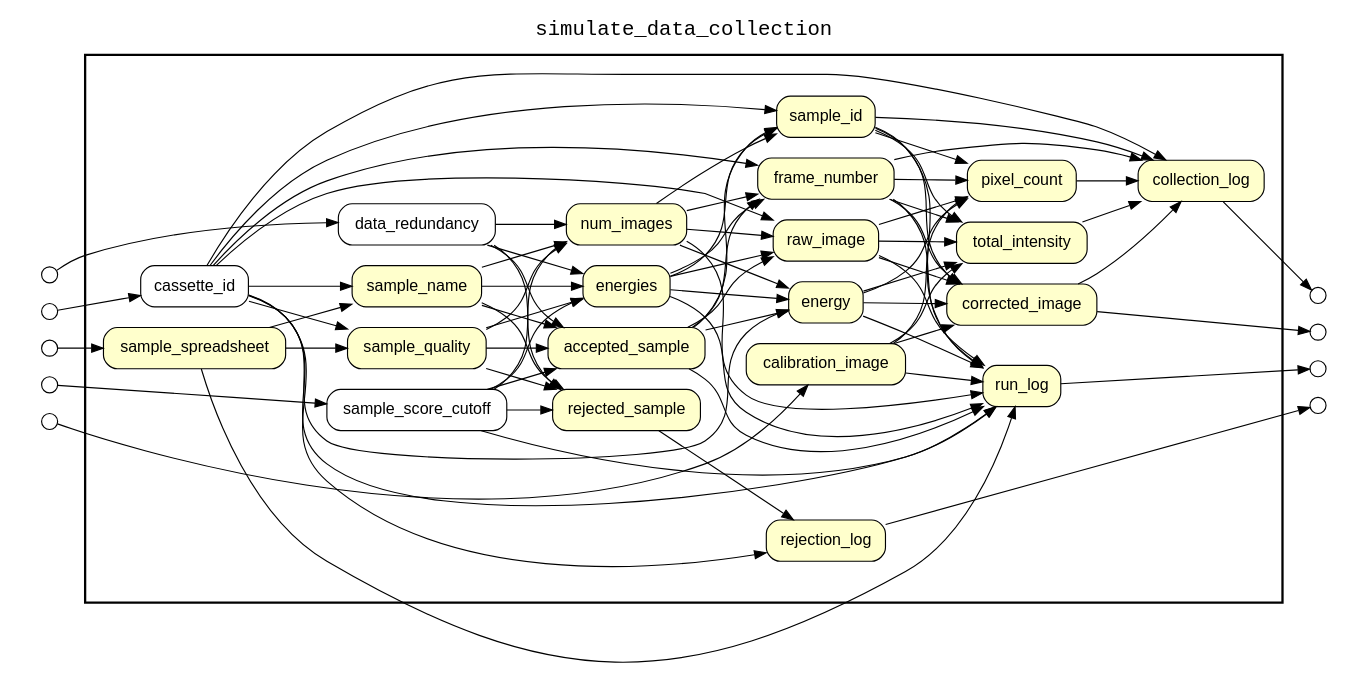
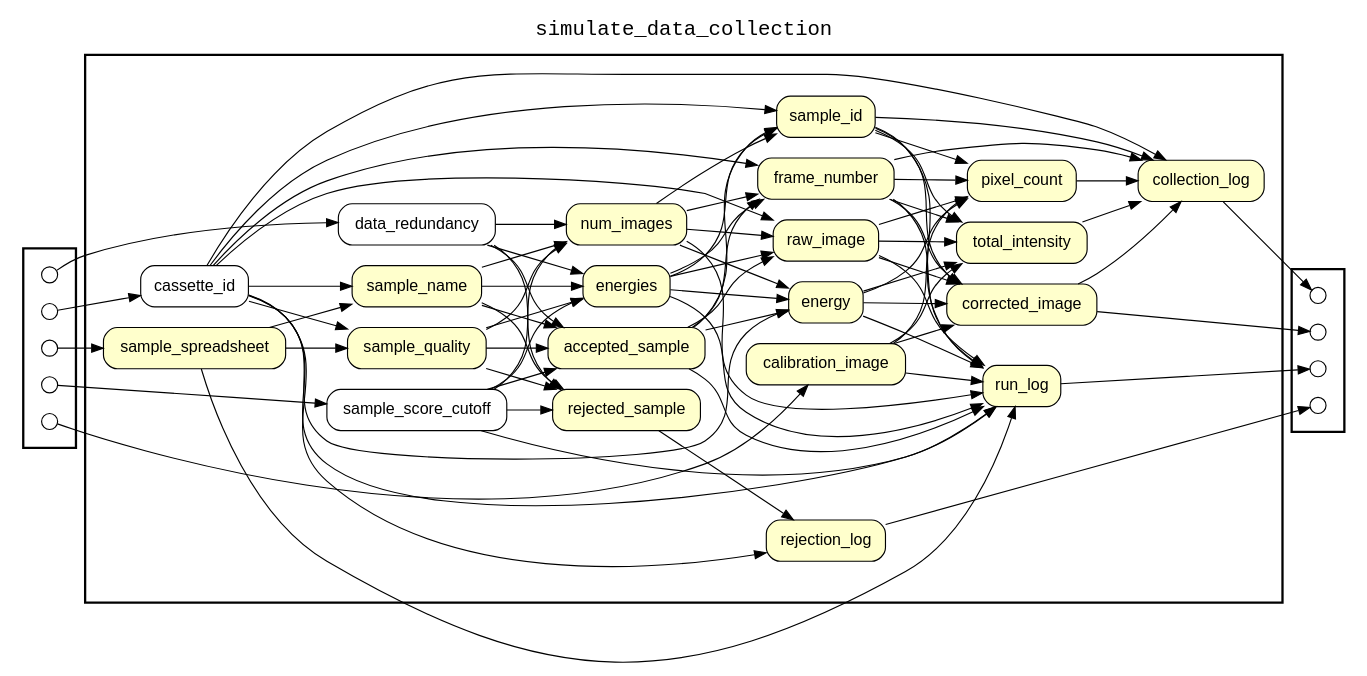
One commit to yesworkflow-org/yw-prototypes changed the diagram in examples/simulate_data_collection/graphs/yw_data_graph.gv. Above: the diagram before and after it, drawn with Graphviz. The commit also changed 43 other files, not shown here.

```diff
--- a/examples/simulate_data_collection/graphs/yw_data_graph.gv
+++ b/examples/simulate_data_collection/graphs/yw_data_graph.gv
@@ -1,128 +1,128 @@
 
 digraph yw_data_view {
 rankdir=LR
 fontname=Courier; fontsize=18; labelloc=t
 label="simulate_data_collection"
 subgraph cluster_workflow { label=""; color=black; penwidth=2
-subgraph cluster_workflow_inner { label=""; color=white
+subgraph cluster_workflow_inner { label=""; penwidth=0
 node[shape=box style="rounded,filled" fillcolor="#FFFFCC" peripheries=1 fontname=Helvetica]
 run_log
 sample_spreadsheet
 sample_name
 sample_quality
 accepted_sample
 rejected_sample
 num_images
 energies
 rejection_log
 sample_id
 energy
 frame_number
 raw_image
 calibration_image
 corrected_image
 total_intensity
 pixel_count
 collection_log
 node[shape=box style="rounded,filled" fillcolor="#FFFFFF" peripheries=1 fontname=Helvetica]
 data_redundancy
 cassette_id
 sample_score_cutoff
 }}
-subgraph cluster_inflows { label=""; color=white; penwidth=2
-subgraph cluster_inflows_inner { label=""; color=white
+subgraph cluster_inflows { label=""; penwidth=0; penwidth=2
+subgraph cluster_inflows_inner { label=""; penwidth=0
 node[shape=circle fillcolor="#FFFFFF" peripheries=1 width=0.2]
 calibration_image_inflow [label=""]
 data_redundancy_inflow [label=""]
 sample_spreadsheet_inflow [label=""]
 cassette_id_inflow [label=""]
 sample_score_cutoff_inflow [label=""]
 }}
-subgraph cluster_outflows { label=""; color=white; penwidth=2
-subgraph cluster_outflows_inner { label=""; color=white
+subgraph cluster_outflows { label=""; penwidth=0; penwidth=2
+subgraph cluster_outflows_inner { label=""; penwidth=0
 node[shape=circle fillcolor="#FFFFFF" peripheries=1 width=0.2]
 rejection_log_outflow [label=""]
 collection_log_outflow [label=""]
 run_log_outflow [label=""]
 corrected_image_outflow [label=""]
 }}
 cassette_id -> run_log
 sample_score_cutoff -> run_log
 sample_spreadsheet -> run_log
 accepted_sample -> run_log
 num_images -> run_log
 energies -> run_log
 sample_id -> run_log
 energy -> run_log
 frame_number -> run_log
 raw_image -> run_log
 calibration_image -> run_log
 cassette_id -> sample_name
 sample_spreadsheet -> sample_name
 cassette_id -> sample_quality
 sample_spreadsheet -> sample_quality
 sample_score_cutoff -> accepted_sample
 sample_name -> accepted_sample
 sample_quality -> accepted_sample
 data_redundancy -> accepted_sample
 sample_score_cutoff -> rejected_sample
 sample_name -> rejected_sample
 sample_quality -> rejected_sample
 data_redundancy -> rejected_sample
 sample_score_cutoff -> num_images
 sample_name -> num_images
 sample_quality -> num_images
 data_redundancy -> num_images
 sample_score_cutoff -> energies
 sample_name -> energies
 sample_quality -> energies
 data_redundancy -> energies
 cassette_id -> rejection_log
 rejected_sample -> rejection_log
 cassette_id -> sample_id
 accepted_sample -> sample_id
 num_images -> sample_id
 energies -> sample_id
 cassette_id -> energy
 accepted_sample -> energy
 num_images -> energy
 energies -> energy
 cassette_id -> frame_number
 accepted_sample -> frame_number
 num_images -> frame_number
 energies -> frame_number
 cassette_id -> raw_image
 accepted_sample -> raw_image
 num_images -> raw_image
 energies -> raw_image
 sample_id -> corrected_image
 energy -> corrected_image
 frame_number -> corrected_image
 raw_image -> corrected_image
 calibration_image -> corrected_image
 sample_id -> total_intensity
 energy -> total_intensity
 frame_number -> total_intensity
 raw_image -> total_intensity
 calibration_image -> total_intensity
 sample_id -> pixel_count
 energy -> pixel_count
 frame_number -> pixel_count
 raw_image -> pixel_count
 calibration_image -> pixel_count
 cassette_id -> collection_log
 sample_id -> collection_log
 frame_number -> collection_log
 corrected_image -> collection_log
 total_intensity -> collection_log
 pixel_count -> collection_log
 calibration_image_inflow -> calibration_image
 data_redundancy_inflow -> data_redundancy
 sample_spreadsheet_inflow -> sample_spreadsheet
 cassette_id_inflow -> cassette_id
 sample_score_cutoff_inflow -> sample_score_cutoff
 rejection_log -> rejection_log_outflow
 collection_log -> collection_log_outflow
 run_log -> run_log_outflow
 corrected_image -> corrected_image_outflow
 }
```
